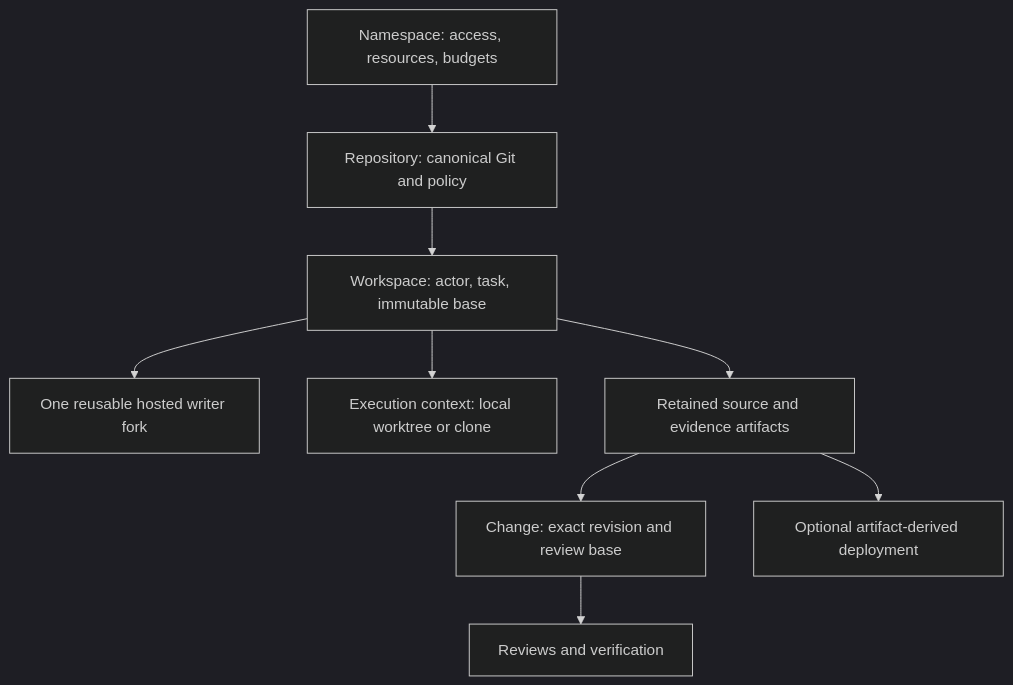
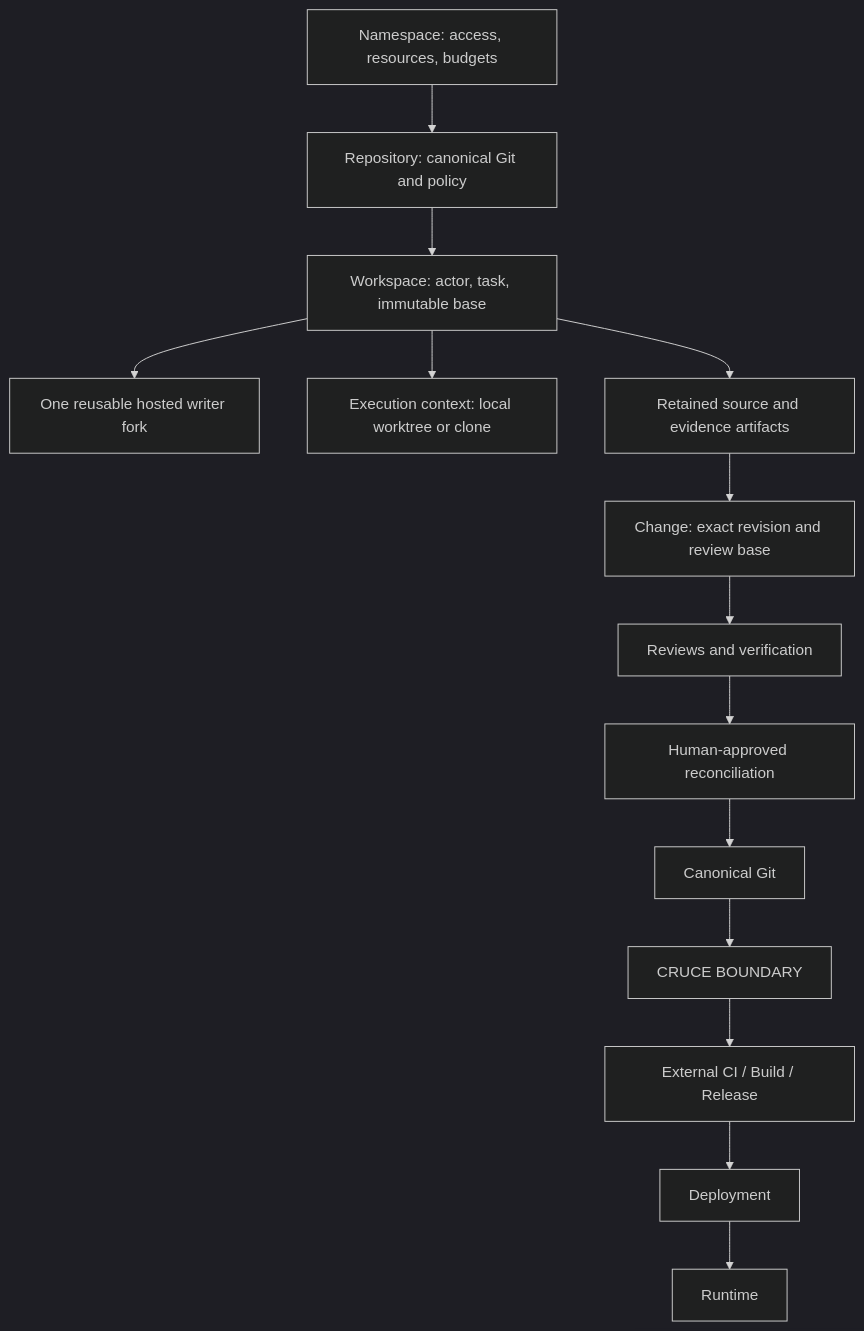
Before and after one commit to acltabontabon/cruce: the first of 3 diagrams in docs/architecture.md, drawn with Mermaid (dark theme). The commit also changed other lines of this file and 43 other files, not shown here.

Commit message:
Remove deployment domain and end coordination at canonical Git

````diff
--- a/docs/architecture.md
+++ b/docs/architecture.md
@@ -9,11 +9,16 @@
 ```mermaid
 flowchart TD
     N[Namespace: access, resources, budgets] --> R[Repository: canonical Git and policy]
     R --> W[Workspace: actor, task, immutable base]
     W --> F[One reusable hosted writer fork]
     W --> E[Execution context: local worktree or clone]
     W --> A[Retained source and evidence artifacts]
     A --> C[Change: exact revision and review base]
     C --> V[Reviews and verification]
-    A --> D[Optional artifact-derived deployment]
+    V --> P[Human-approved reconciliation]
+    P --> G[Canonical Git]
+    G --> X[CRUCE BOUNDARY]
+    X --> CI[External CI / Build / Release]
+    CI --> D[Deployment]
+    D --> RT[Runtime]
 ```
````
